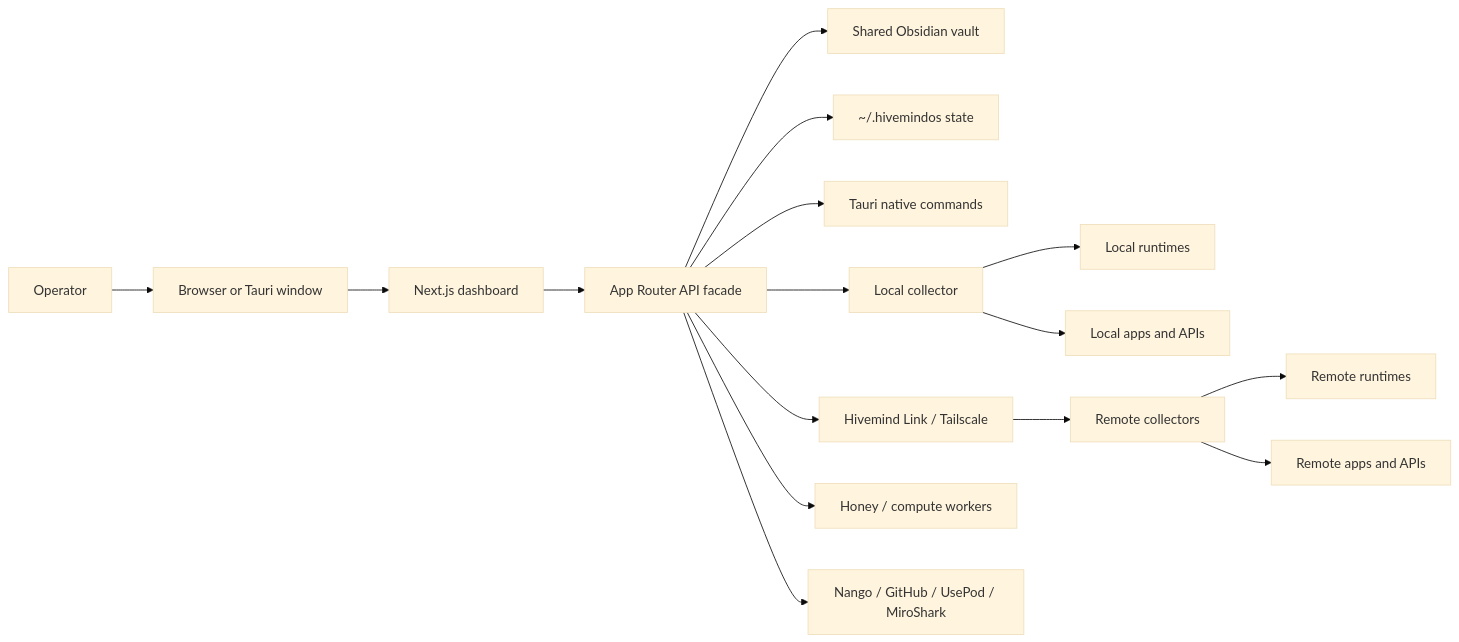
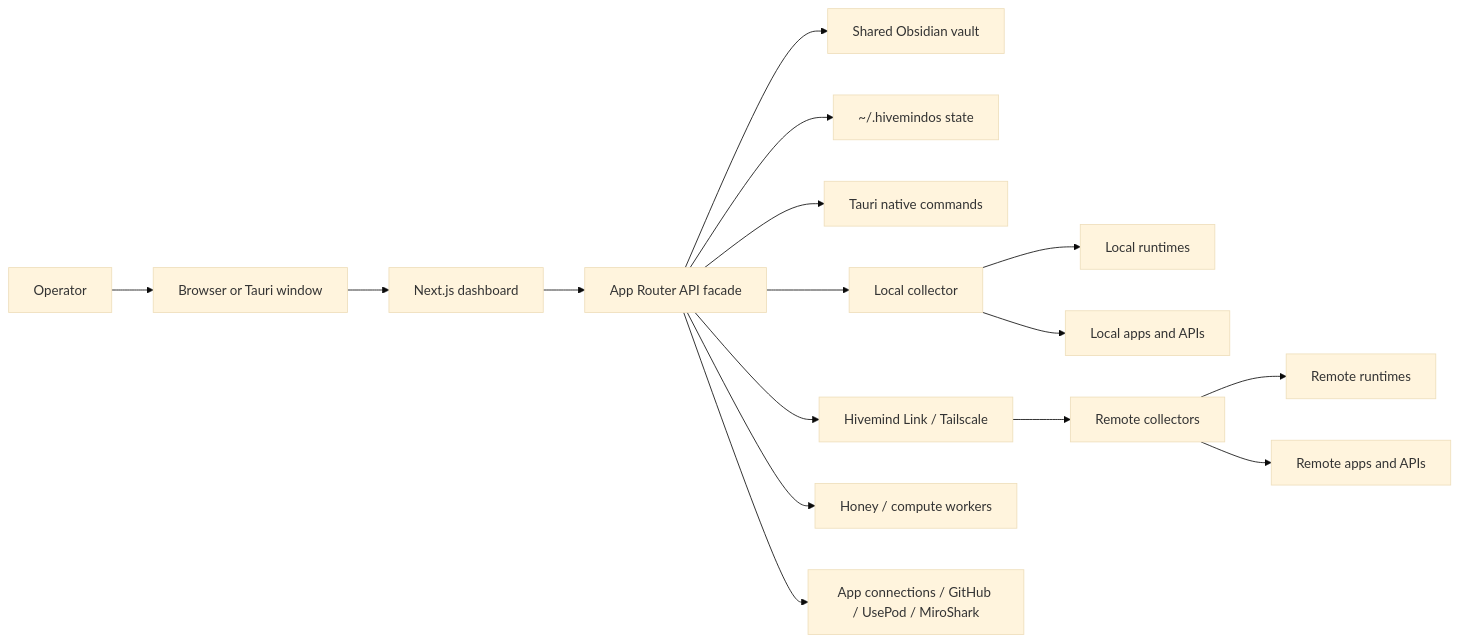
The first of 15 diagrams in docs/for-users/diagrams.md (LiamVisionary/hivemindos), drawn with Mermaid (base theme) before and after one commit. The commit also changed 126 other files, not shown here.

````diff
--- a/docs/for-users/diagrams.md
+++ b/docs/for-users/diagrams.md
@@ -74,18 +74,18 @@
 ```mermaid
 flowchart LR
   User["Operator"] --> Browser["Browser or Tauri window"]
   Browser --> Dashboard["Next.js dashboard"]
   Dashboard --> Api["App Router API facade"]
   Api --> Vault["Shared Obsidian vault"]
   Api --> Home["~/.hivemindos state"]
   Api --> Native["Tauri native commands"]
   Api --> Collector["Local collector"]
   Collector --> LocalRuntime["Local runtimes"]
   Collector --> LocalApps["Local apps and APIs"]
   Api --> Link["Hivemind Link / Tailscale"]
   Link --> RemoteCollectors["Remote collectors"]
   RemoteCollectors --> RemoteRuntime["Remote runtimes"]
   RemoteCollectors --> RemoteApps["Remote apps and APIs"]
   Api --> Workers["Honey / compute workers"]
-  Api --> Integrations["Nango / GitHub / UsePod / MiroShark"]
+  Api --> Integrations["App connections / GitHub / UsePod / MiroShark"]
 ```
````
